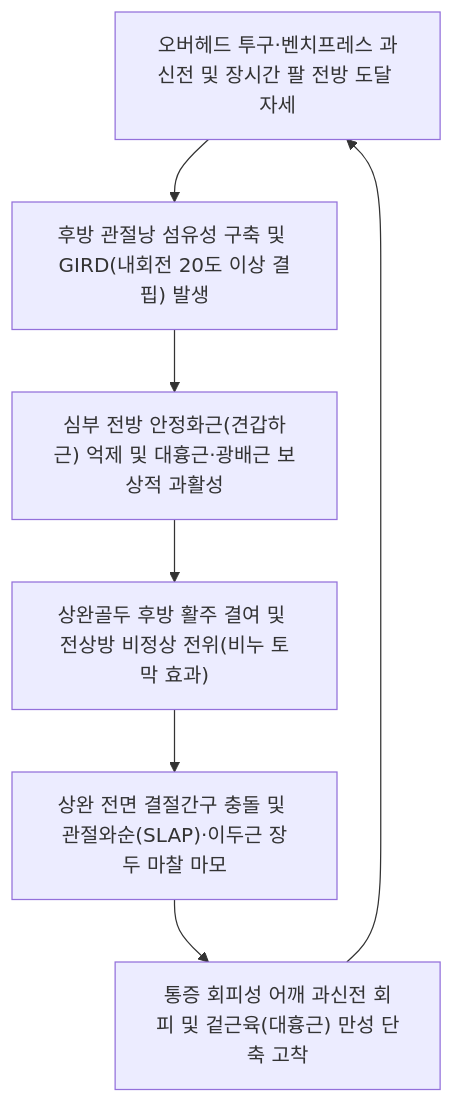
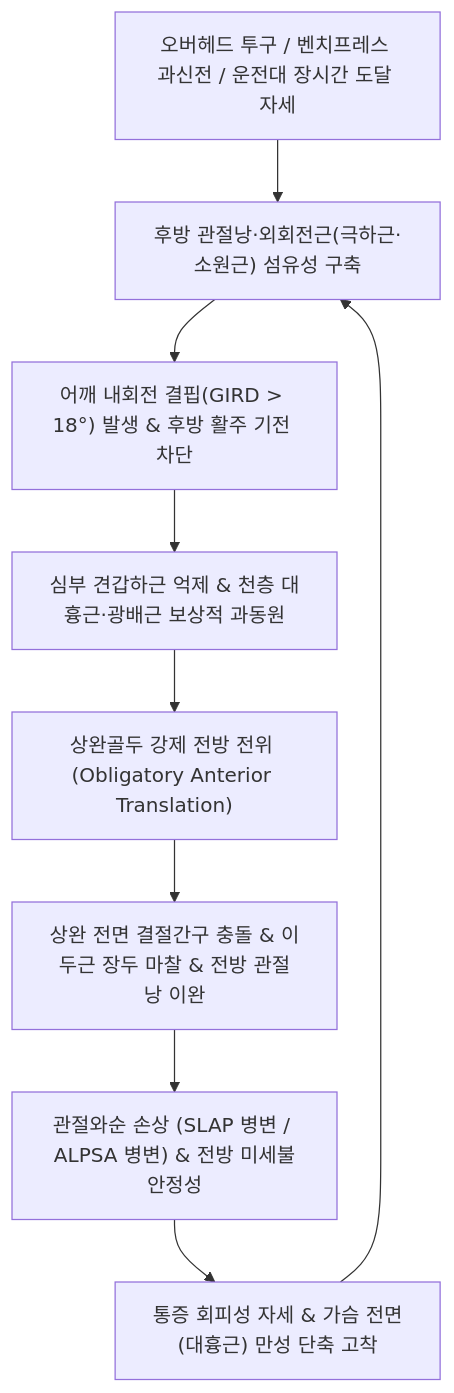
The diagram in content/3. 이론 공부/질환/근골격계 질환/상지/상완골 전방 활주 증후군.md (simbio11/simbio-digital-garden2), drawn with Mermaid before and after one commit. The commit also changed other lines of this file and 44 other files, not shown here.

````diff
--- a/content/3. 이론 공부/질환/근골격계 질환/상지/상완골 전방 활주 증후군.md
+++ b/content/3. 이론 공부/질환/근골격계 질환/상지/상완골 전방 활주 증후군.md
@@ -88,9 +179,11 @@
 ```mermaid
 flowchart TD
-  A["오버헤드 투구·벤치프레스 과신전 및 장시간 팔 전방 도달 자세"] --> B["후방 관절낭 섬유성 구축 및 GIRD(내회전 20도 이상 결핍) 발생"]
-  B --> C["심부 전방 안정화근(견갑하근) 억제 및 대흉근·광배근 보상적 과활성"]
-  C --> D["상완골두 후방 활주 결여 및 전상방 비정상 전위(비누 토막 효과)"]
-  D --> E["상완 전면 결절간구 충돌 및 관절와순(SLAP)·이두근 장두 마찰 마모"]
-  E --> F["통증 회피성 어깨 과신전 회피 및 겉근육(대흉근) 만성 단축 고착"]
-  F --> A
+    A["오버헤드 투구 / 벤치프레스 과신전 / 운전대 장시간 도달 자세"] --> B["후방 관절낭·외회전근(극하근·소원근) 섬유성 구축"]
+    B --> C["어깨 내회전 결핍(GIRD > 18°) 발생 & 후방 활주 기전 차단"]
+    C --> D["심부 견갑하근 억제 & 천층 대흉근·광배근 보상적 과동원"]
+    D --> E["상완골두 강제 전방 전위 (Obligatory Anterior Translation)"]
+    E --> F["상완 전면 결절간구 충돌 & 이두근 장두 마찰 & 전방 관절낭 이완"]
+    F --> G["관절와순 손상 (SLAP 병변 / ALPSA 병변) & 전방 미세불안정성"]
+    G --> H["통증 회피성 자세 & 가슴 전면(대흉근) 만성 단축 고착"]
+    H --> B
 ```
````
